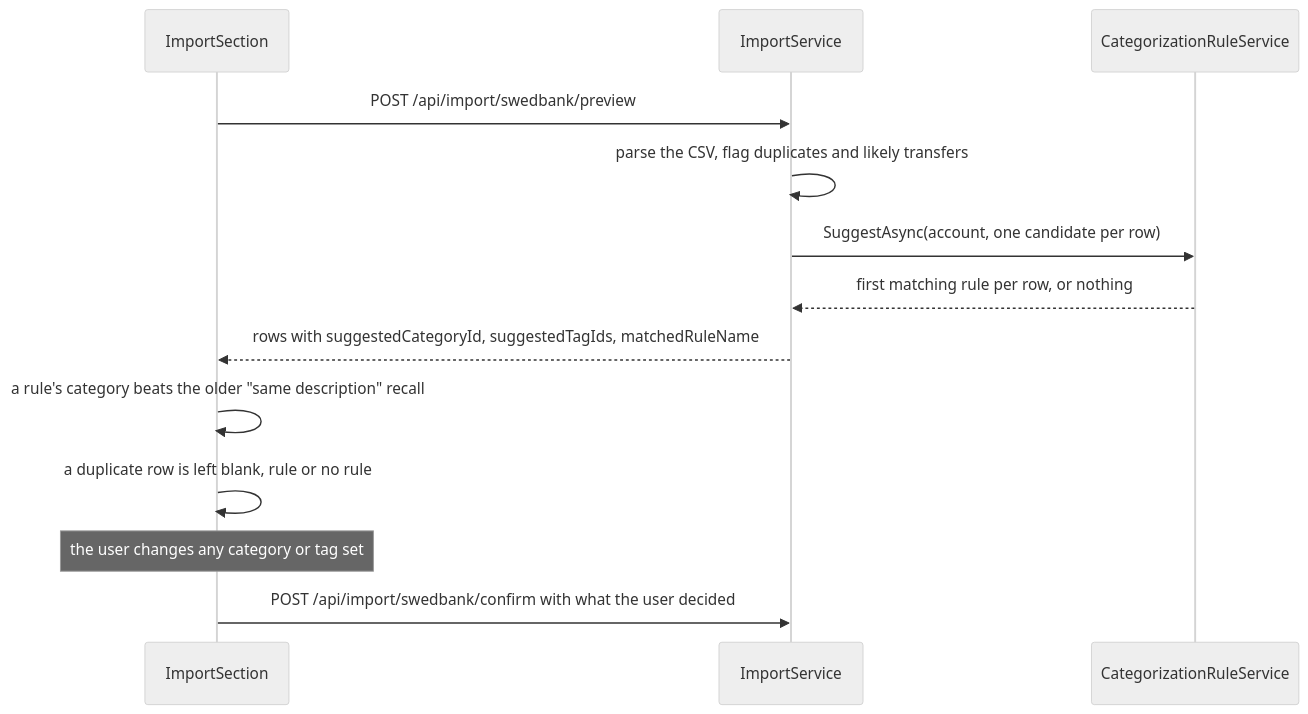
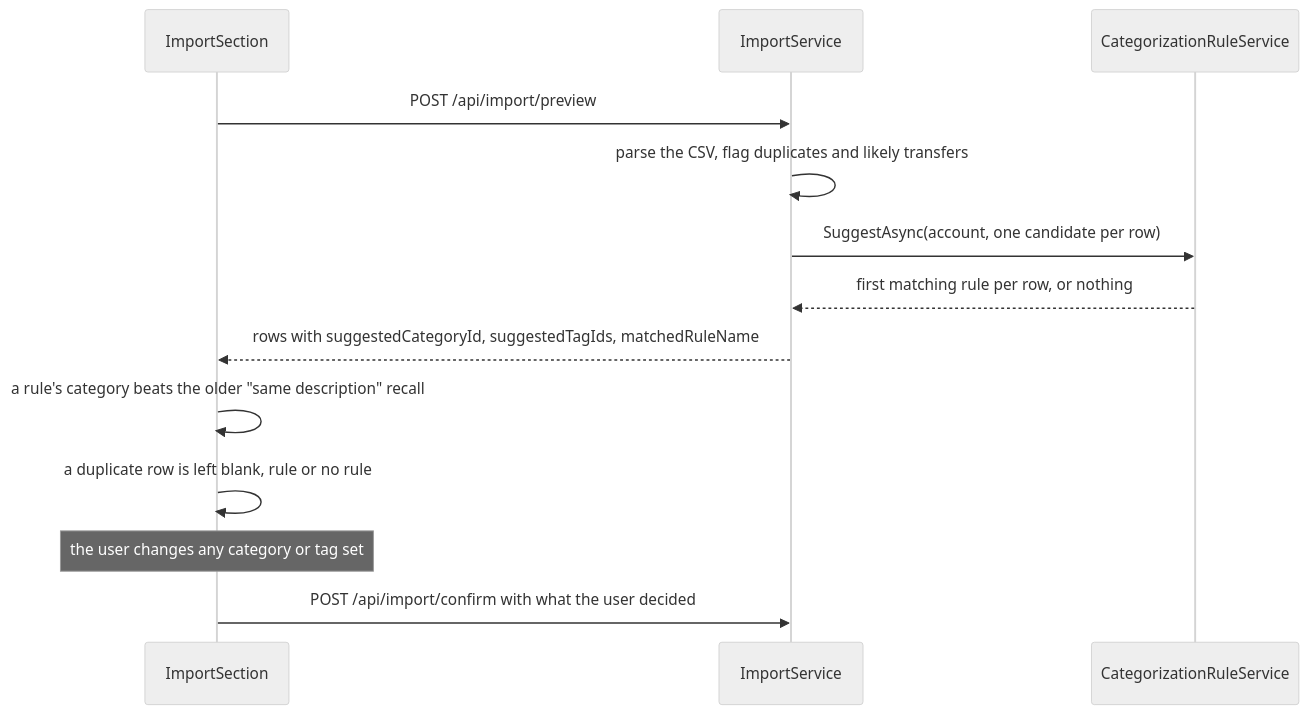
Before and after one commit to Justxs/Jx-Finance: the third of 4 diagrams in docs/features/categorization-rules.md, drawn with Mermaid (neutral theme). The commit also changed other lines of this file and 72 other files, not shown here.

````diff
--- a/docs/features/categorization-rules.md
+++ b/docs/features/categorization-rules.md
@@ -104,15 +104,15 @@
 ```mermaid
 sequenceDiagram
     participant Dlg as ImportSection
     participant Api as ImportService
     participant Rules as CategorizationRuleService
-    Dlg->>Api: POST /api/import/swedbank/preview
+    Dlg->>Api: POST /api/import/preview
     Api->>Api: parse the CSV, flag duplicates and likely transfers
     Api->>Rules: SuggestAsync(account, one candidate per row)
     Rules-->>Api: first matching rule per row, or nothing
     Api-->>Dlg: rows with suggestedCategoryId, suggestedTagIds, matchedRuleName
     Dlg->>Dlg: a rule's category beats the older "same description" recall
     Dlg->>Dlg: a duplicate row is left blank, rule or no rule
     Note over Dlg: the user changes any category or tag set
-    Dlg->>Api: POST /api/import/swedbank/confirm with what the user decided
+    Dlg->>Api: POST /api/import/confirm with what the user decided
 ```
````
